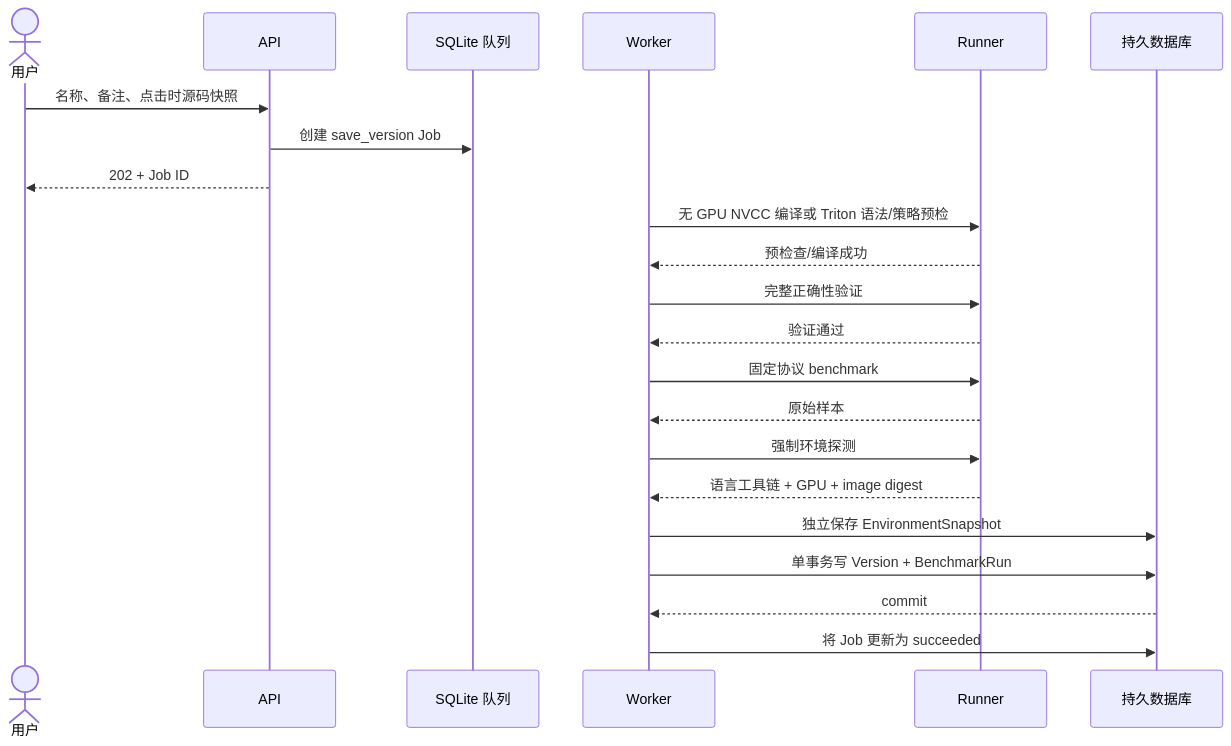
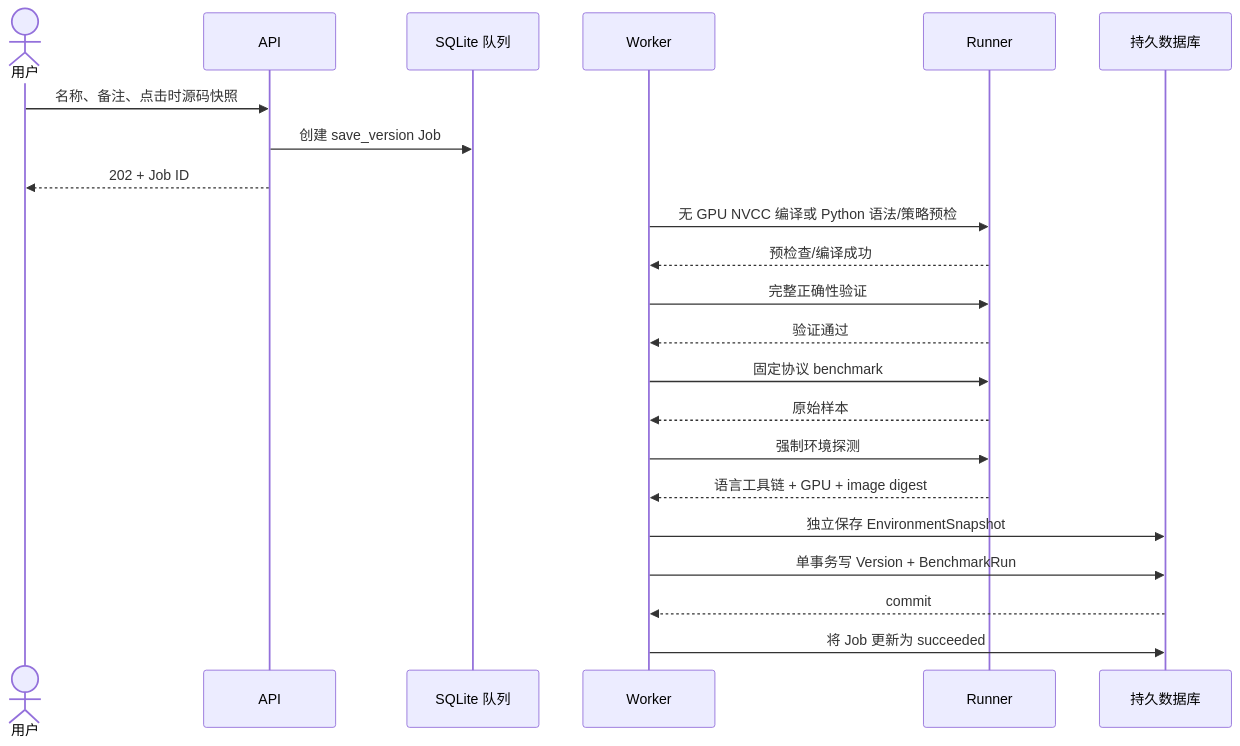
One commit to BabyDrangoner/MyLeetGpu changed the fourth of 4 diagrams in docs/design.md. Above: the diagram before and after it, drawn with Mermaid. The commit also changed other lines of this file and 58 other files, not shown here.

````diff
--- a/docs/design.md
+++ b/docs/design.md
@@ -321,25 +328,25 @@
 ```mermaid
 sequenceDiagram
     actor User as 用户
     participant API
     participant Q as SQLite 队列
     participant W as Worker
     participant R as Runner
     participant DB as 持久数据库
 
     User->>API: 名称、备注、点击时源码快照
     API->>Q: 创建 save_version Job
     API-->>User: 202 + Job ID
-    W->>R: 无 GPU NVCC 编译或 Triton 语法/策略预检
+    W->>R: 无 GPU NVCC 编译或 Python 语法/策略预检
     R-->>W: 预检查/编译成功
     W->>R: 完整正确性验证
     R-->>W: 验证通过
     W->>R: 固定协议 benchmark
     R-->>W: 原始样本
     W->>R: 强制环境探测
     R-->>W: 语言工具链 + GPU + image digest
     W->>DB: 独立保存 EnvironmentSnapshot
     W->>DB: 单事务写 Version + BenchmarkRun
     DB-->>W: commit
     W->>DB: 将 Job 更新为 succeeded
 ```
````
